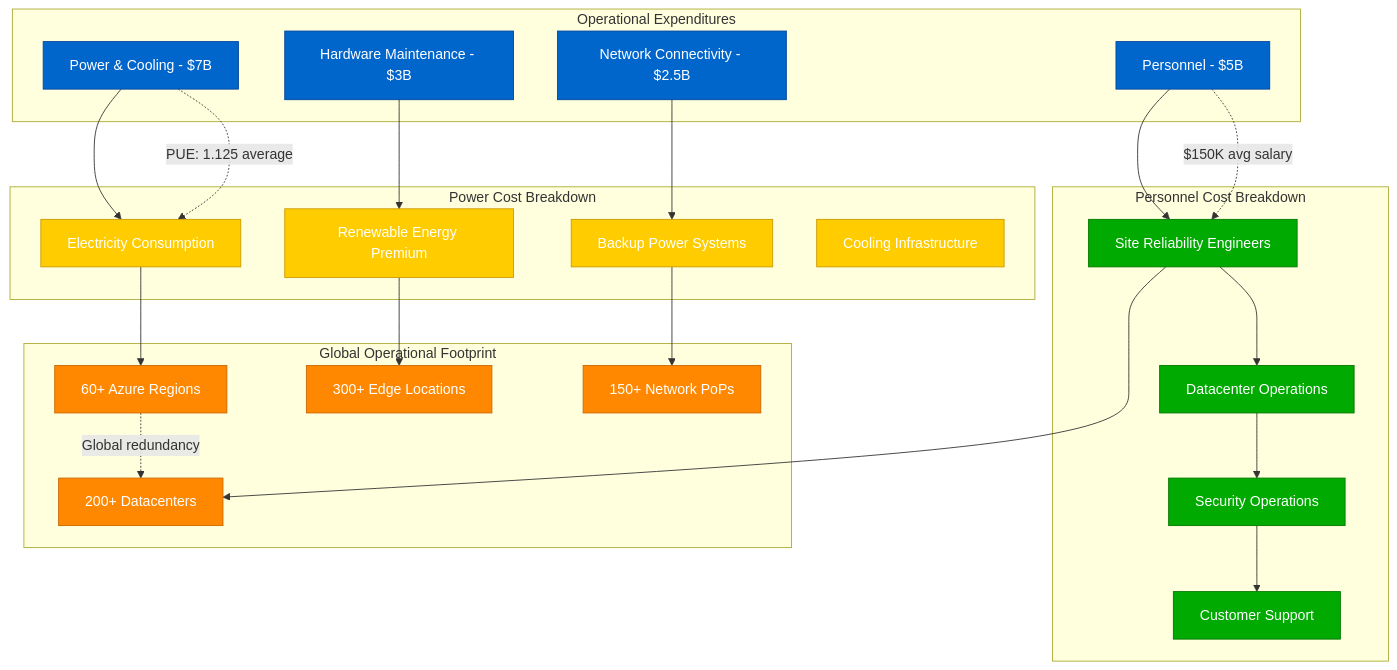
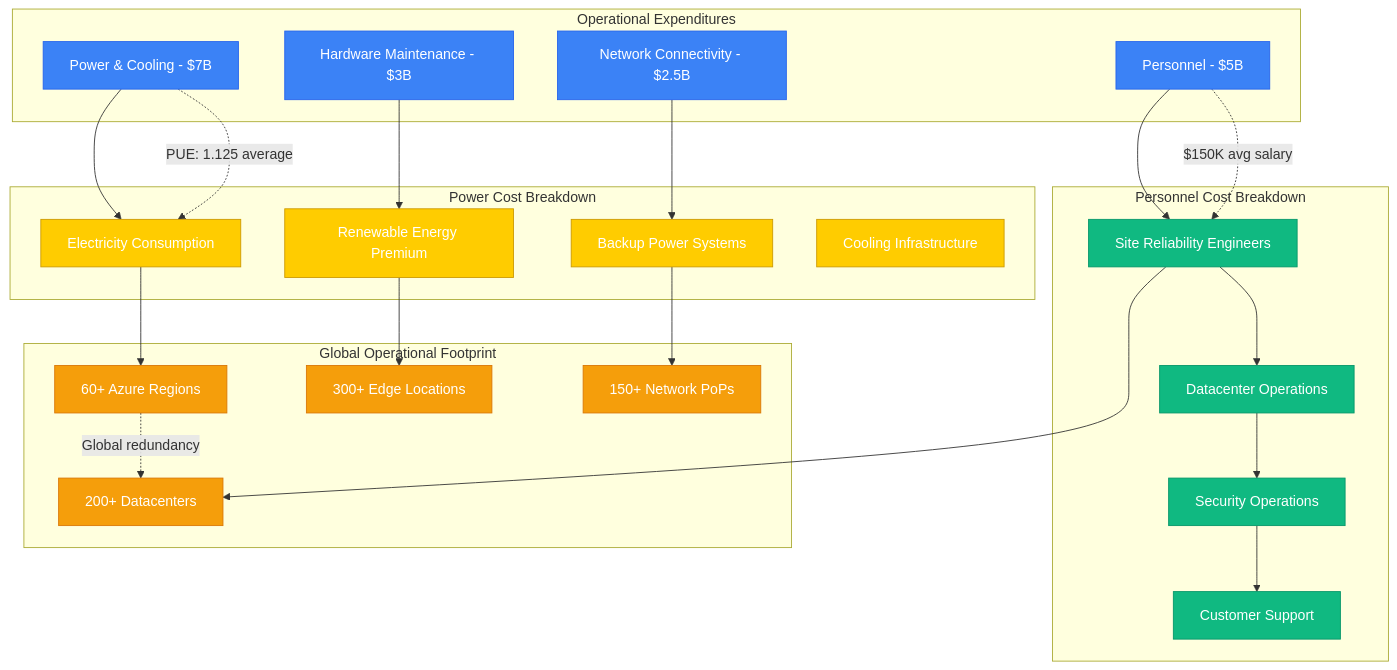
The third of 12 diagrams in site/docs/systems/microsoft/cost-breakdown.md (deepaucksharma/DS), drawn with Mermaid before and after one commit. The commit also changed other lines of this file and 303 other files, not shown here.

````diff
--- a/site/docs/systems/microsoft/cost-breakdown.md
+++ b/site/docs/systems/microsoft/cost-breakdown.md
@@ -72,62 +72,62 @@
 ```mermaid
 graph TB
     subgraph OperationalCosts[Operational Expenditures]
         POWER_COOLING[Power & Cooling - $7B]
         PERSONNEL_COSTS[Personnel - $5B]
         MAINTENANCE[Hardware Maintenance - $3B]
         CONNECTIVITY[Network Connectivity - $2.5B]
     end
 
     subgraph PowerBreakdown[Power Cost Breakdown]
         ELECTRICITY[Electricity Consumption]
         RENEWABLE_ENERGY[Renewable Energy Premium]
         BACKUP_POWER[Backup Power Systems]
         COOLING_SYSTEMS[Cooling Infrastructure]
     end
 
     subgraph PersonnelBreakdown[Personnel Cost Breakdown]
         SRE_ENGINEERS[Site Reliability Engineers]
         DATACENTER_OPS[Datacenter Operations]
         SECURITY_TEAMS[Security Operations]
         SUPPORT_TEAMS[Customer Support]
     end
 
     subgraph GlobalPresence[Global Operational Footprint]
         SIXTY_REGIONS[60+ Azure Regions]
         DATACENTER_COUNT[200+ Datacenters]
         EDGE_LOCATIONS[300+ Edge Locations]
         NETWORK_POPS[150+ Network PoPs]
     end
 
     %% Operational flow
     POWER_COOLING --> ELECTRICITY
     PERSONNEL_COSTS --> SRE_ENGINEERS
     MAINTENANCE --> RENEWABLE_ENERGY
     CONNECTIVITY --> BACKUP_POWER
 
     %% Personnel allocation
     SRE_ENGINEERS --> DATACENTER_OPS
     DATACENTER_OPS --> SECURITY_TEAMS
     SECURITY_TEAMS --> SUPPORT_TEAMS
 
     %% Global scale
     ELECTRICITY --> SIXTY_REGIONS
     SRE_ENGINEERS --> DATACENTER_COUNT
     RENEWABLE_ENERGY --> EDGE_LOCATIONS
     BACKUP_POWER --> NETWORK_POPS
 
     %% Cost efficiency metrics
     POWER_COOLING -.->|"PUE: 1.125 average"| ELECTRICITY
     PERSONNEL_COSTS -.->|"$150K avg salary"| SRE_ENGINEERS
     SIXTY_REGIONS -.->|"Global redundancy"| DATACENTER_COUNT
 
-    classDef opexStyle fill:#0066CC,stroke:#004499,color:#fff
+    classDef opexStyle fill:#3B82F6,stroke:#2563EB,color:#fff
     classDef powerStyle fill:#FFCC00,stroke:#CC9900,color:#fff
-    classDef personnelStyle fill:#00AA00,stroke:#007700,color:#fff
-    classDef globalStyle fill:#FF8800,stroke:#CC6600,color:#fff
+    classDef personnelStyle fill:#10B981,stroke:#059669,color:#fff
+    classDef globalStyle fill:#F59E0B,stroke:#D97706,color:#fff
 
     class POWER_COOLING,PERSONNEL_COSTS,MAINTENANCE,CONNECTIVITY opexStyle
     class ELECTRICITY,RENEWABLE_ENERGY,BACKUP_POWER,COOLING_SYSTEMS powerStyle
     class SRE_ENGINEERS,DATACENTER_OPS,SECURITY_TEAMS,SUPPORT_TEAMS personnelStyle
     class SIXTY_REGIONS,DATACENTER_COUNT,EDGE_LOCATIONS,NETWORK_POPS globalStyle
 ```
````
